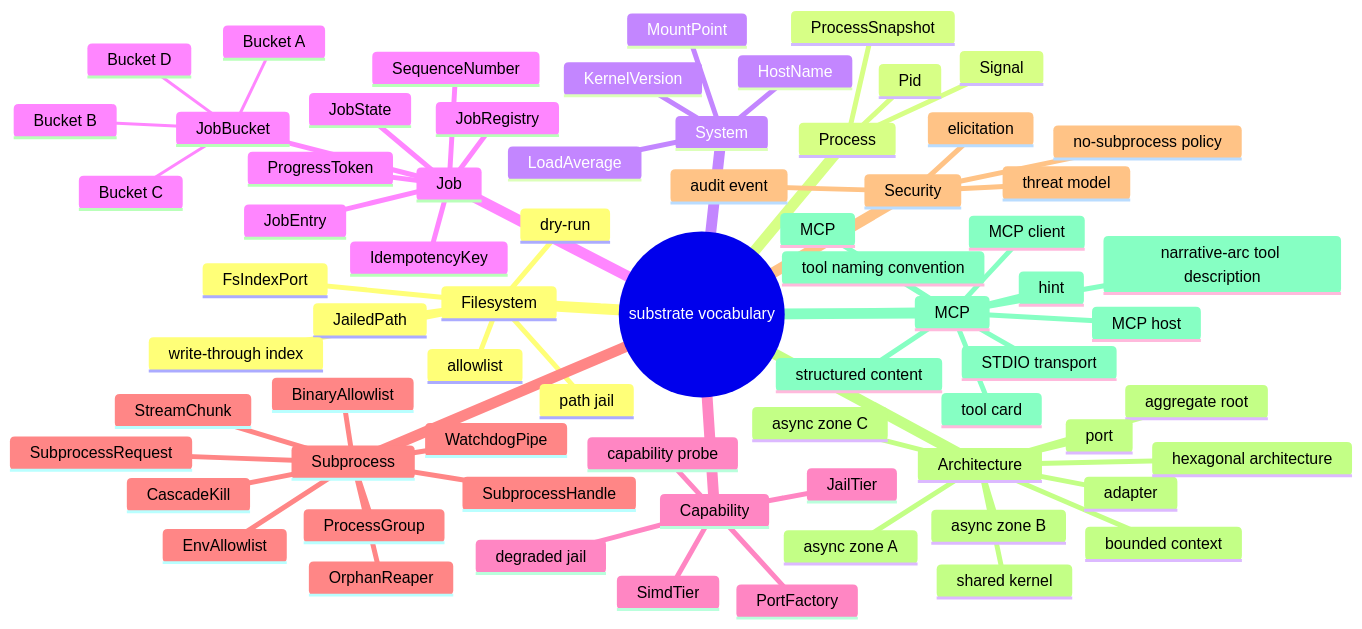
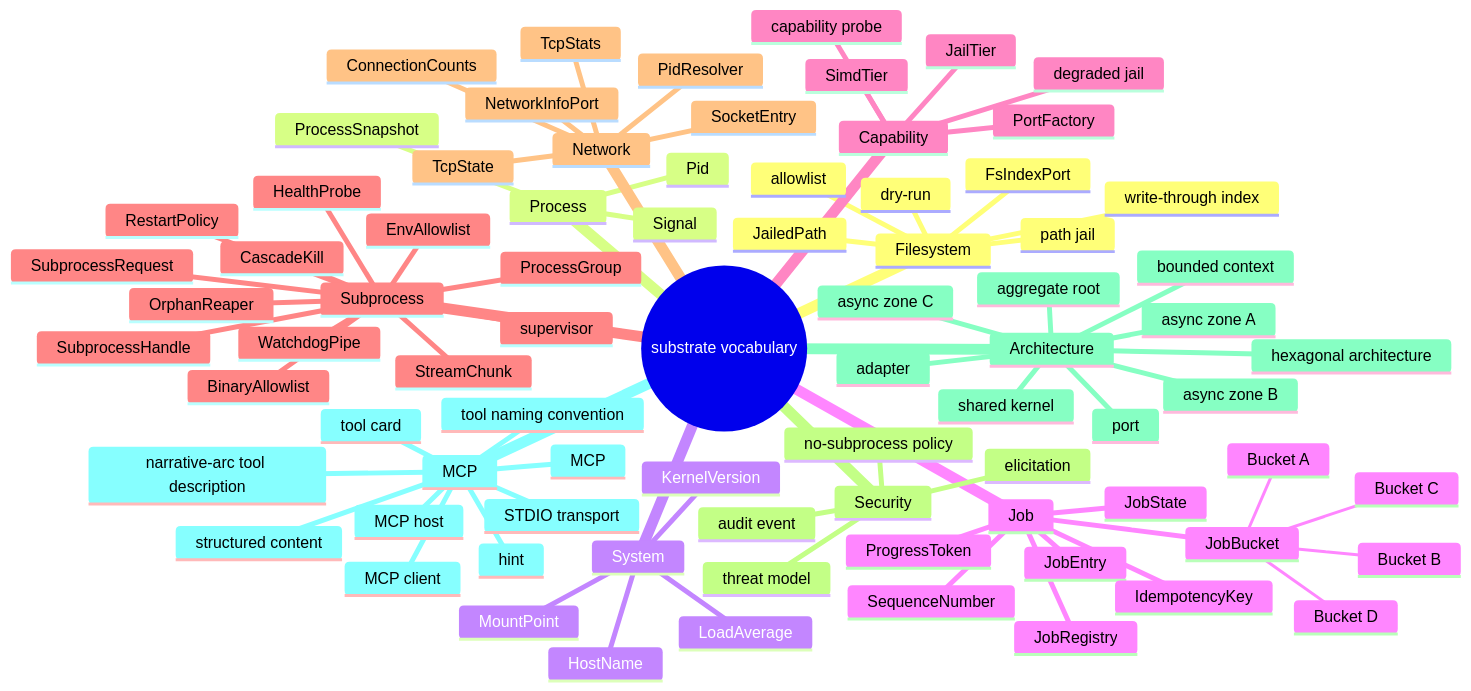
One commit to farchanjo/substrate changed the diagram in docs/arch/glossary.md. Above: the diagram before and after it, drawn with Mermaid. The commit also changed other lines of this file and 2 other files, not shown here.

```diff
--- a/docs/arch/glossary.md
+++ b/docs/arch/glossary.md
@@ -52,6 +52,16 @@
       CascadeKill
       WatchdogPipe
       OrphanReaper
+      RestartPolicy
+      HealthProbe
+      supervisor
+    Network
+      SocketEntry
+      TcpState
+      TcpStats
+      ConnectionCounts
+      NetworkInfoPort
+      PidResolver
     Security
       elicitation
       audit event
```
